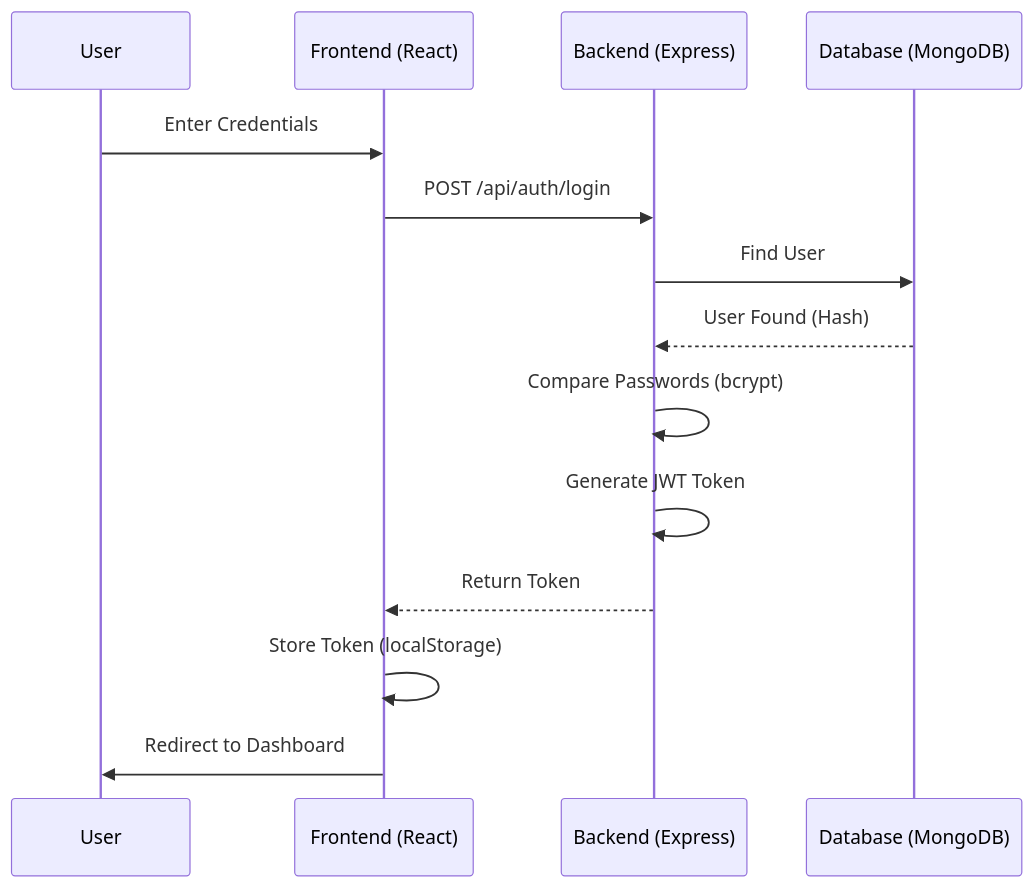
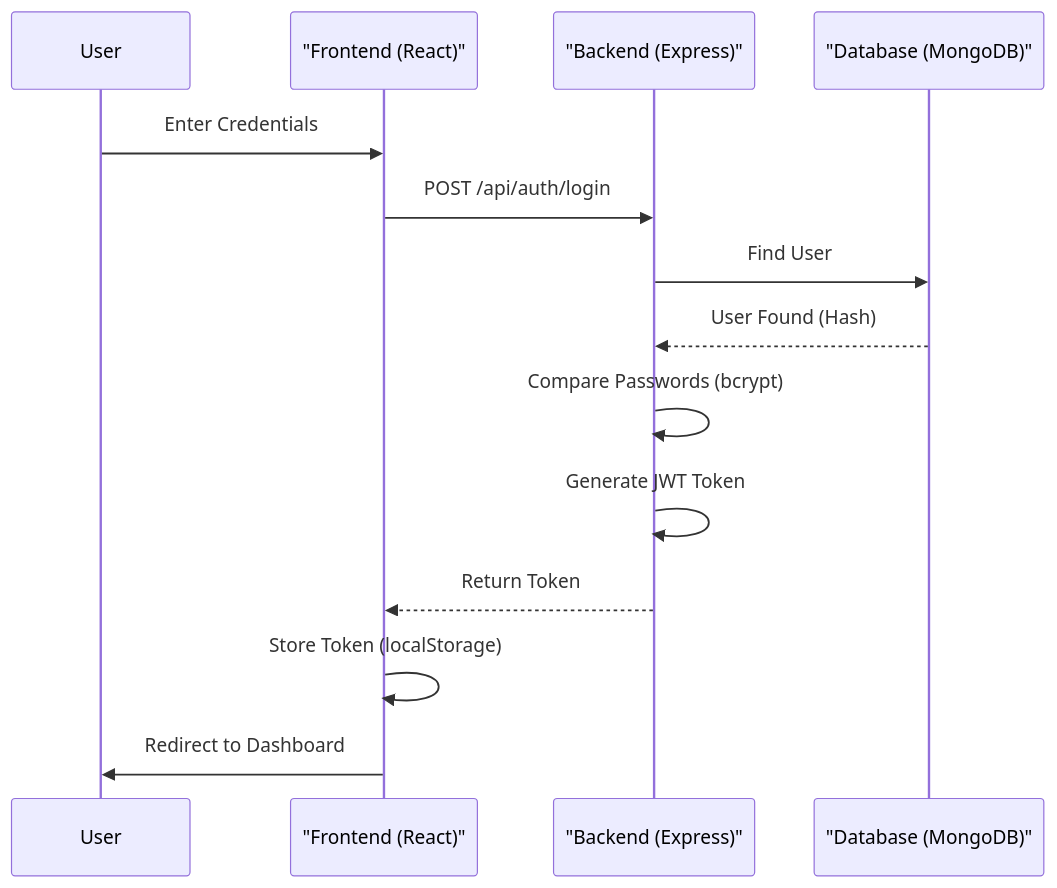
The second of 4 diagrams in docs/ARCHITECTURE.md (jaya01092005/SmartSpend-MERN-Finance-Tracker), drawn with Mermaid before and after one commit. The commit also changed other lines of this file, not shown here.

Commit message:
fix mermaid syntax in architecture docs

````diff
--- a/docs/ARCHITECTURE.md
+++ b/docs/ARCHITECTURE.md
@@ -25,17 +25,17 @@
 ```mermaid
 sequenceDiagram
     participant U as User
-    participant F as Frontend (React)
-    participant B as Backend (Express)
-    participant D as Database (MongoDB)
+    participant F as "Frontend (React)"
+    participant B as "Backend (Express)"
+    participant D as "Database (MongoDB)"
 
     U->>F: Enter Credentials
     F->>B: POST /api/auth/login
     B->>D: Find User
     D-->>B: User Found (Hash)
     B->>B: Compare Passwords (bcrypt)
     B->>B: Generate JWT Token
     B-->>F: Return Token
     F->>F: Store Token (localStorage)
     F->>U: Redirect to Dashboard
 ```
````
